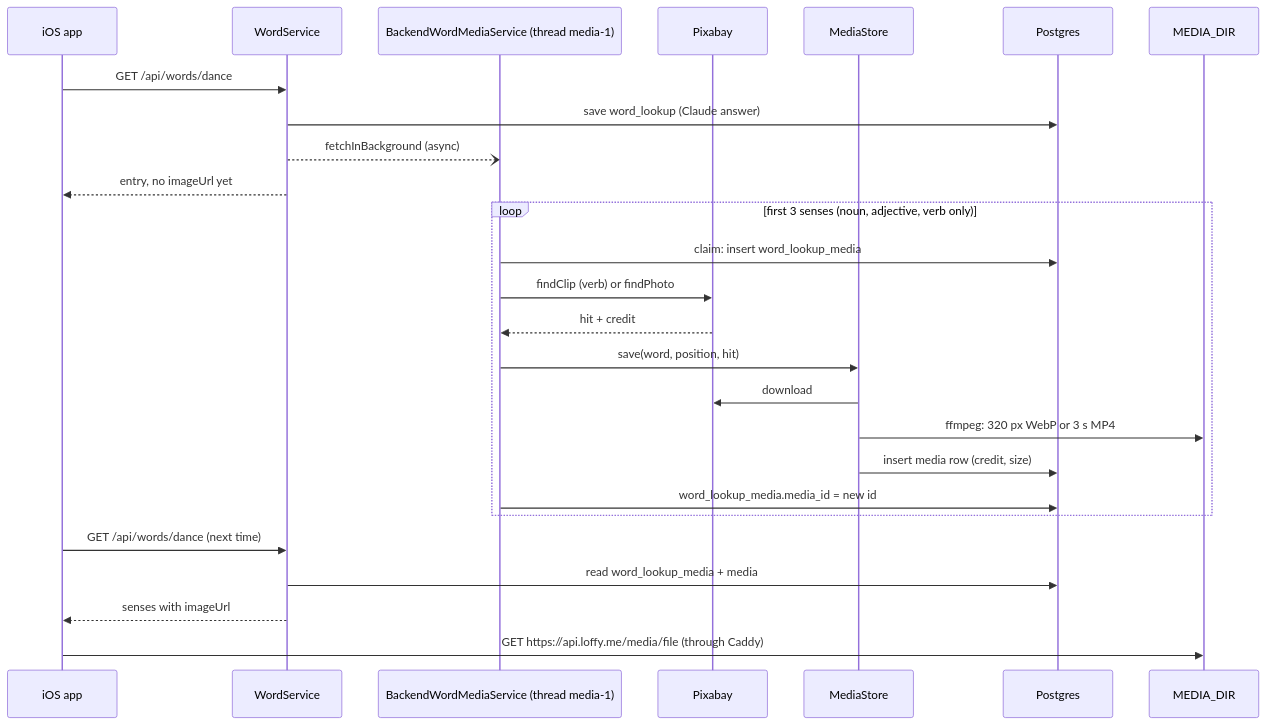
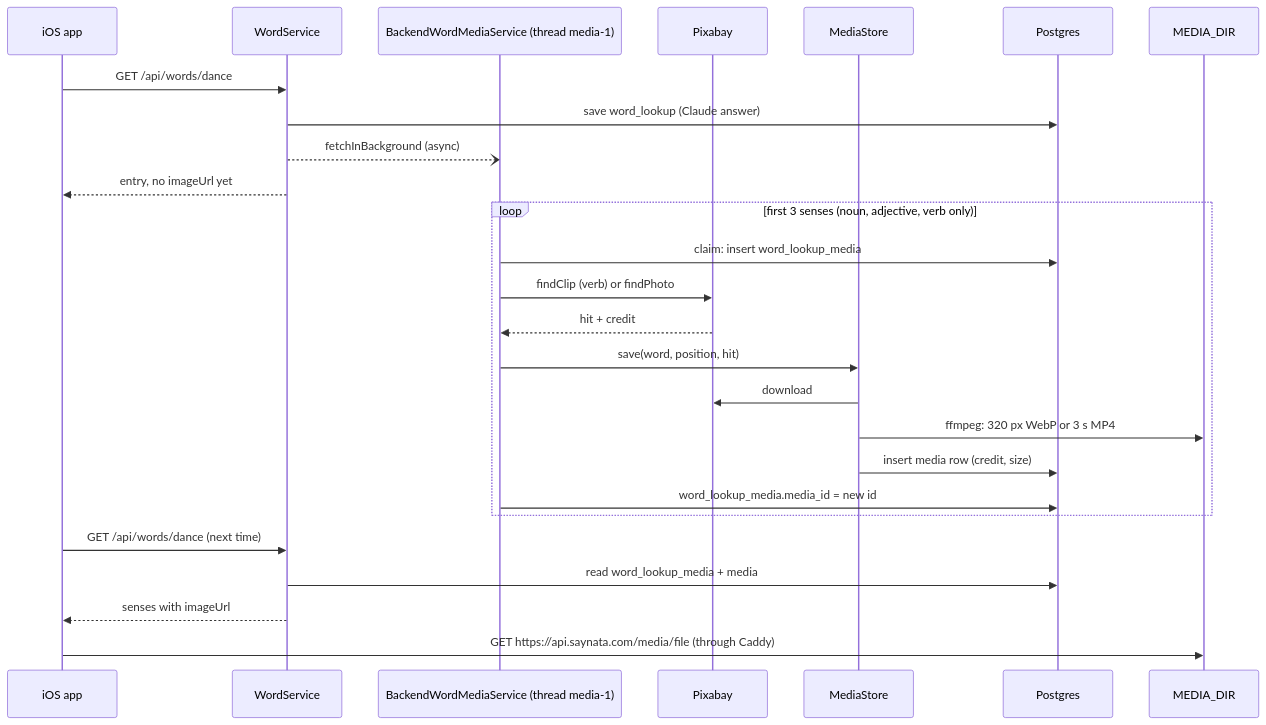
The third of 10 diagrams in backlog/docs/features/doc-15 - Media-and-images.md (tranphuocloc070699/saynata), drawn with Mermaid before and after one commit. The commit also changed other lines of this file and 50 other files, not shown here.

Commit message:
TASK-104: switch the code from loffy.me to saynata.com

````diff
--- a/backlog/docs/features/doc-15 - Media-and-images.md
+++ b/backlog/docs/features/doc-15 - Media-and-images.md
@@ -100,29 +100,29 @@
 ```mermaid
 sequenceDiagram
     participant App as iOS app
     participant WS as WordService
     participant Job as BackendWordMediaService (thread media-1)
     participant PX as Pixabay
     participant Store as MediaStore
     participant DB as Postgres
     participant FS as MEDIA_DIR
 
     App->>WS: GET /api/words/dance
     WS->>DB: save word_lookup (Claude answer)
     WS--)Job: fetchInBackground (async)
     WS-->>App: entry, no imageUrl yet
     loop first 3 senses (noun, adjective, verb only)
         Job->>DB: claim: insert word_lookup_media
         Job->>PX: findClip (verb) or findPhoto
         PX-->>Job: hit + credit
         Job->>Store: save(word, position, hit)
         Store->>PX: download
         Store->>FS: ffmpeg: 320 px WebP or 3 s MP4
         Store->>DB: insert media row (credit, size)
         Job->>DB: word_lookup_media.media_id = new id
     end
     App->>WS: GET /api/words/dance (next time)
     WS->>DB: read word_lookup_media + media
     WS-->>App: senses with imageUrl
-    App->>FS: GET https://api.loffy.me/media/file (through Caddy)
+    App->>FS: GET https://api.saynata.com/media/file (through Caddy)
 ```
````
